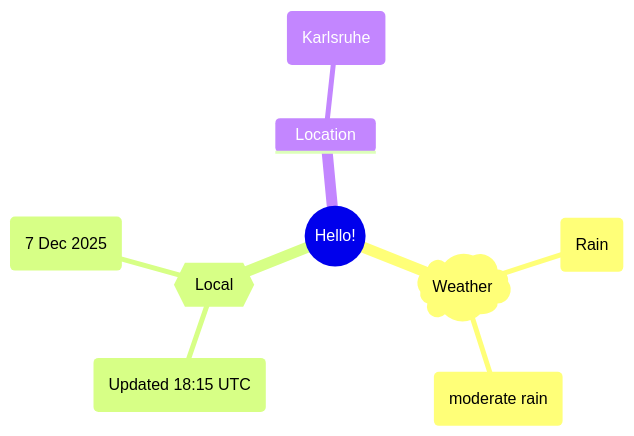
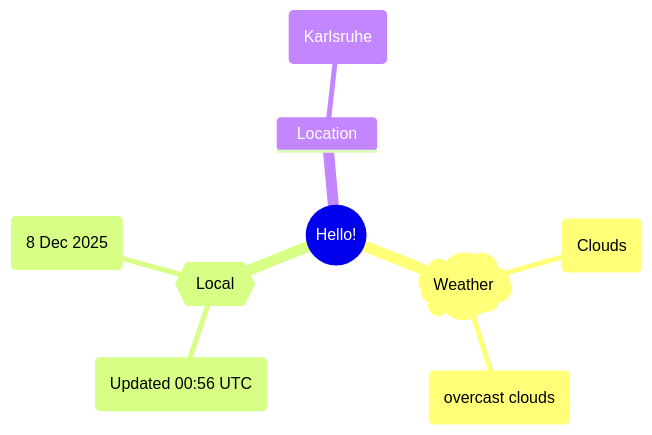
Before and after one commit to Xosrov/Xosrov: the first of 2 diagrams in README.md, drawn with Mermaid.

Commit message:
[bot] updated images

````diff
--- a/README.md
+++ b/README.md
@@ -3,12 +3,12 @@
 ```mermaid
 mindmap
   root((Hello!))
     )Weather(
-        (Rain)
-        (moderate rain)
+        (Clouds)
+        (overcast clouds)
     {{Local}}
-        (Updated 18:15 UTC)
-        (7 Dec 2025)
+        (Updated 00:56 UTC)
+        (8 Dec 2025)
     Location
         (Karlsruhe)
 ```
````
